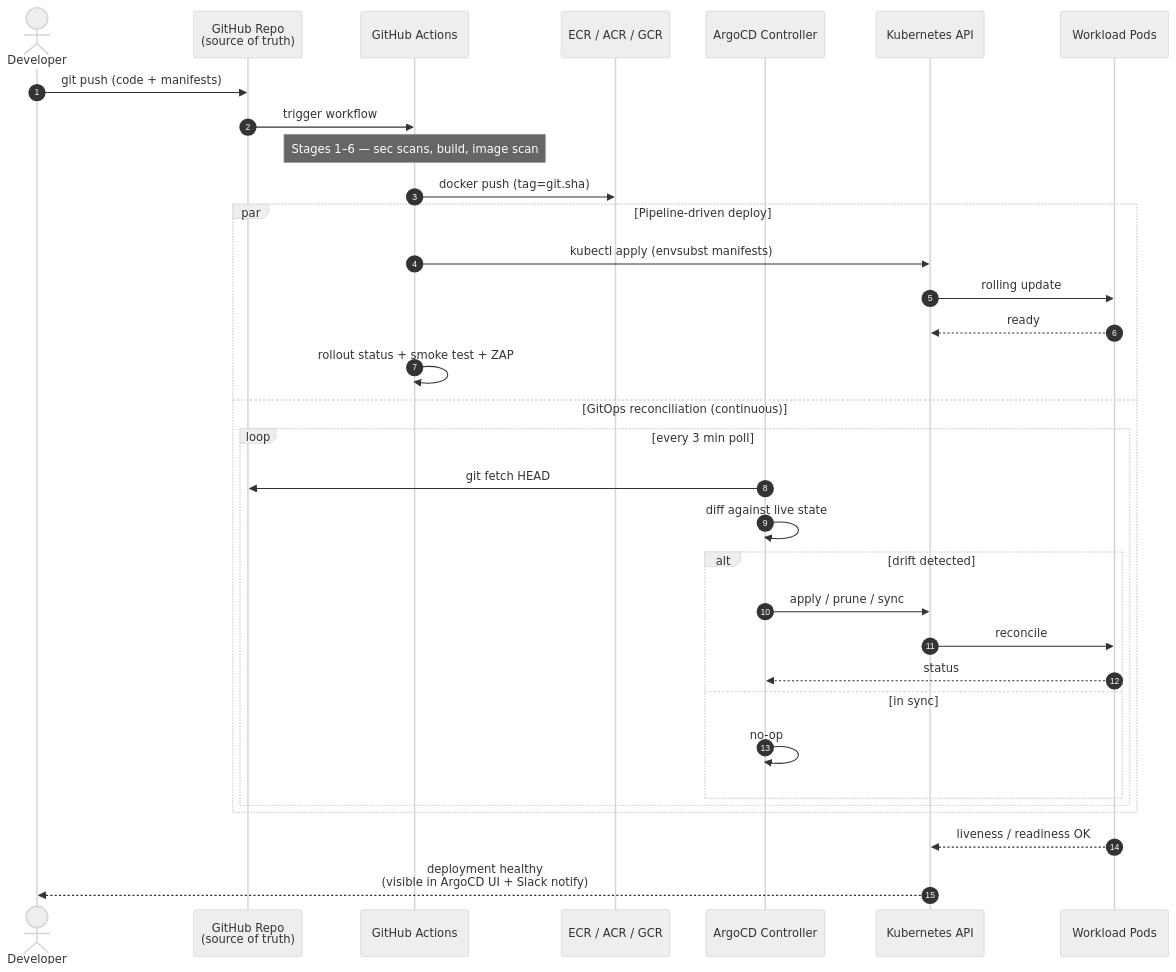
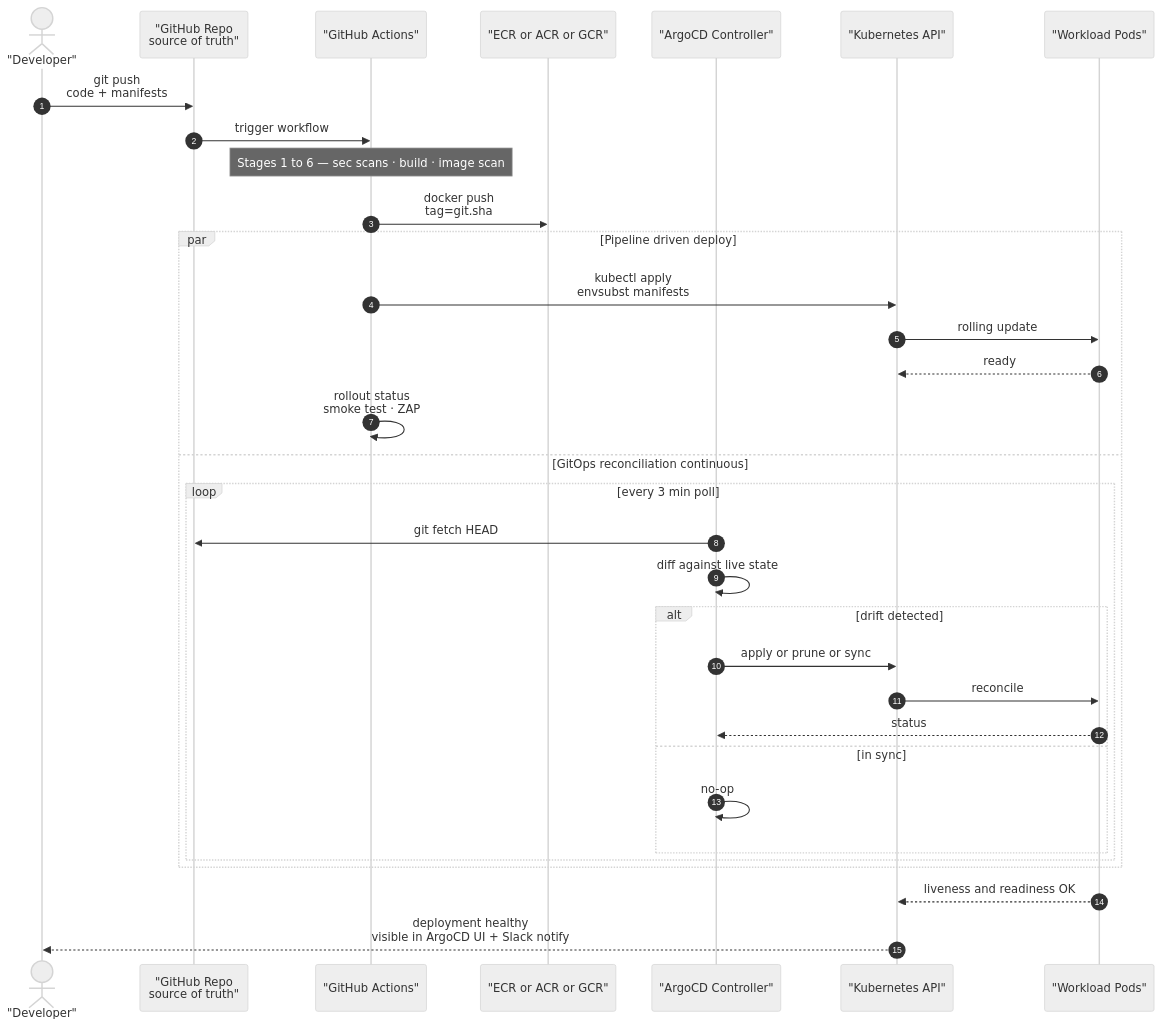
Before and after one commit to skondla/fastAPIWebApp: diagram 12 of 13 in README.md, drawn with Mermaid (neutral theme). The commit also changed other lines of this file, not shown here.

````diff
--- a/README.md
+++ b/README.md
@@ -962,39 +993,39 @@
 ```mermaid
 sequenceDiagram
     autonumber
-    actor Dev as Developer
-    participant Repo as GitHub Repo<br/>(source of truth)
-    participant GHA as GitHub Actions
-    participant Reg as ECR / ACR / GCR
-    participant Argo as ArgoCD Controller
-    participant K8s as Kubernetes API
-    participant Pod as Workload Pods
+    actor Dev as "Developer"
+    participant Repo as "GitHub Repo<br/>source of truth"
+    participant GHA as "GitHub Actions"
+    participant Reg as "ECR or ACR or GCR"
+    participant Argo as "ArgoCD Controller"
+    participant K8s as "Kubernetes API"
+    participant Pod as "Workload Pods"
 
-    Dev->>Repo: git push (code + manifests)
+    Dev->>Repo: git push<br/>code + manifests
     Repo->>GHA: trigger workflow
 
-    Note over GHA: Stages 1–6 — sec scans, build, image scan
-    GHA->>Reg: docker push (tag=git.sha)
+    Note over GHA: Stages 1 to 6 — sec scans · build · image scan
+    GHA->>Reg: docker push<br/>tag=git.sha
 
-    par Pipeline-driven deploy
-        GHA->>K8s: kubectl apply (envsubst manifests)
+    par Pipeline driven deploy
+        GHA->>K8s: kubectl apply<br/>envsubst manifests
         K8s->>Pod: rolling update
         Pod-->>K8s: ready
-        GHA->>GHA: rollout status + smoke test + ZAP
-    and GitOps reconciliation (continuous)
+        GHA->>GHA: rollout status<br/>smoke test · ZAP
+    and GitOps reconciliation continuous
         loop every 3 min poll
             Argo->>Repo: git fetch HEAD
             Argo->>Argo: diff against live state
             alt drift detected
-                Argo->>K8s: apply / prune / sync
+                Argo->>K8s: apply or prune or sync
                 K8s->>Pod: reconcile
                 Pod-->>Argo: status
             else in sync
                 Argo->>Argo: no-op
             end
         end
     end
 
-    Pod-->>K8s: liveness / readiness OK
-    K8s-->>Dev: deployment healthy<br/>(visible in ArgoCD UI + Slack notify)
+    Pod-->>K8s: liveness and readiness OK
+    K8s-->>Dev: deployment healthy<br/>visible in ArgoCD UI + Slack notify
 ```
````
